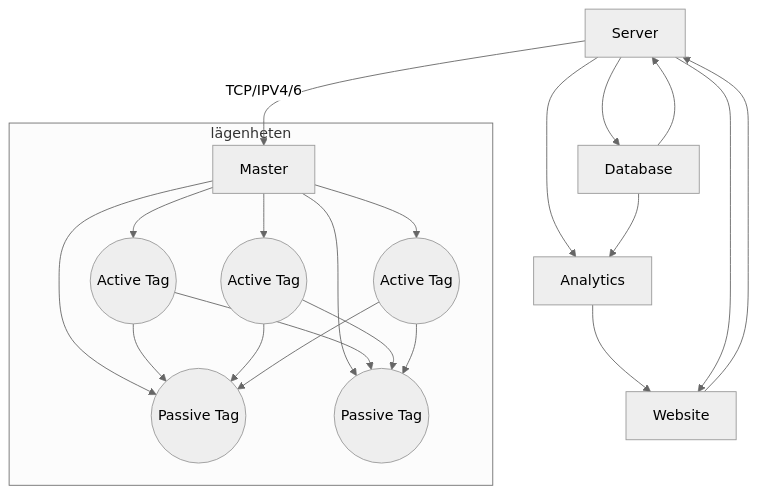
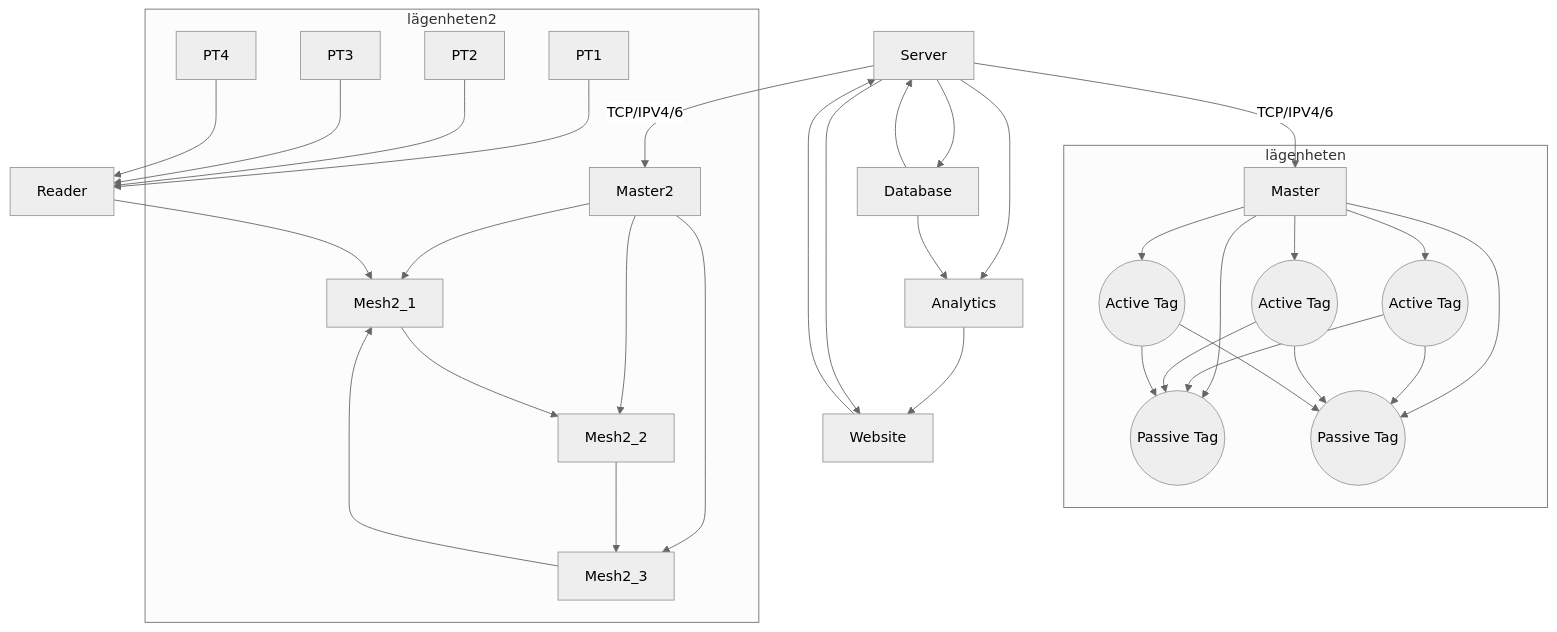
One commit to Rackhamn/iot_arch_project1 changed the diagram in README.md. Above: the diagram before and after it, drawn with Mermaid (neutral theme). The commit also changed other lines of this file, not shown here.

Commit message:
Update README.md
Added second kind of apartment handling architecture with mermaid

````diff
--- a/README.md
+++ b/README.md
@@ -46,30 +51,53 @@
 ```mermaid
 graph TD
     Server[Server] --> |TCP/IPV4/6| Master
+    Server --> |TCP/IPV4/6| Master2
     Server --> DB[Database]
     Server --> Anal[Analytics]
     DB --> Server
     DB --> Anal
     Anal --> Website[Website]
     Server --> Website
     Website --> Server
     Master --> A1((Active Tag))
     Master --> A2((Active Tag))
     Master --> A3((Active Tag))
     Master --> P1((Passive Tag))
     Master --> P2((Passive Tag))
     A1 --> P1
     A1 --> P2
     A2 --> P1
     A2 --> P2
     A3 --> P1
     A3 --> P2
     subgraph lägenheten
         Master
         A1
         A2
         A3
         P1
         P2
+  end
+
+  Master2 --> Mesh2_1
+  Master2 --> Mesh2_2
+  Master2 --> Mesh2_3
+  Mesh2_1 --> Mesh2_2
+  Mesh2_2 --> Mesh2_3
+  Mesh2_3 --> Mesh2_1
+  PT1 --> Reader
+  PT2 --> Reader
+  PT3 --> Reader
+  PT4 --> Reader
+  Reader --> Mesh2_1
+  subgraph lägenheten2
+      Master2
+      Mesh2_1
+      Mesh2_2
+      Mesh2_3
+      PT1
+      PT2
+      PT3
+      PT4
     end
 ```
````
